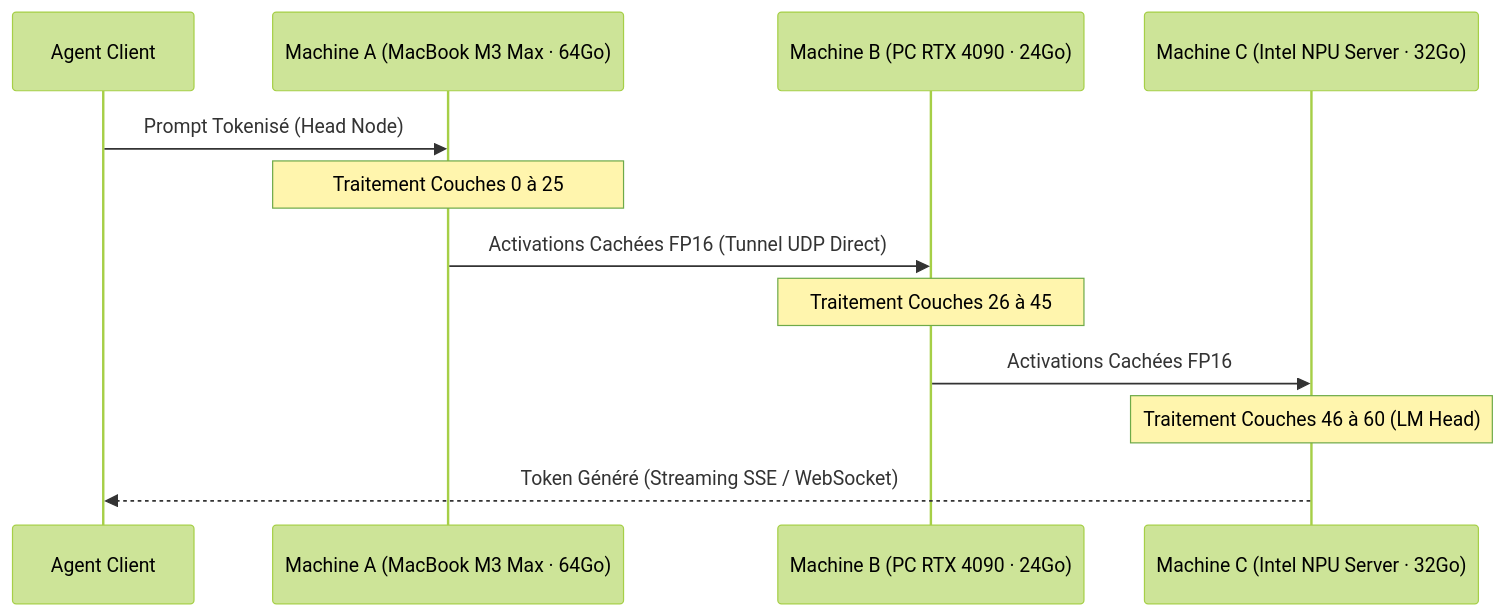
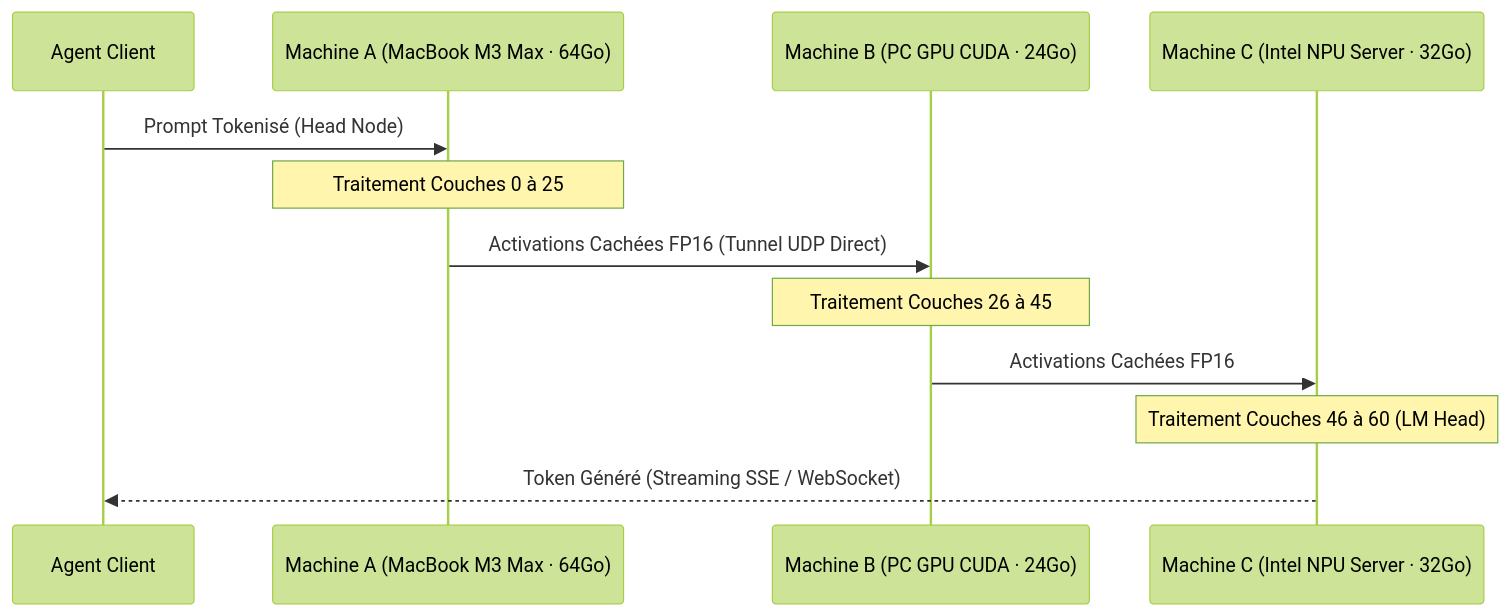
One commit to samajesteduroyaume/OpenClawMesh changed the second of 2 diagrams in WHITEPAPER.md. Above: the diagram before and after it, drawn with Mermaid (forest theme). The commit also changed 10 other files, not shown here.

````diff
--- a/WHITEPAPER.md
+++ b/WHITEPAPER.md
@@ -106,15 +106,15 @@
 ```mermaid
 sequenceDiagram
     participant User as Agent Client
     participant NodeA as Machine A (MacBook M3 Max · 64Go)
-    participant NodeB as Machine B (PC RTX 4090 · 24Go)
+    participant NodeB as Machine B (PC GPU CUDA · 24Go)
     participant NodeC as Machine C (Intel NPU Server · 32Go)
 
     User->>NodeA: Prompt Tokenisé (Head Node)
     Note over NodeA: Traitement Couches 0 à 25
     NodeA->>NodeB: Activations Cachées FP16 (Tunnel UDP Direct)
     Note over NodeB: Traitement Couches 26 à 45
     NodeB->>NodeC: Activations Cachées FP16
     Note over NodeC: Traitement Couches 46 à 60 (LM Head)
     NodeC-->>User: Token Généré (Streaming SSE / WebSocket)
 ```
````
